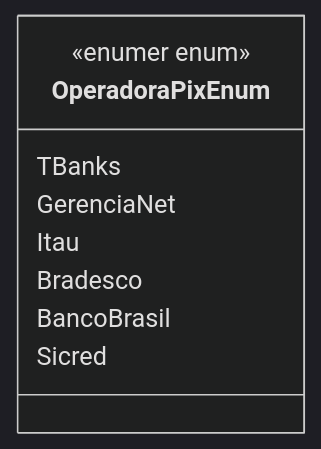
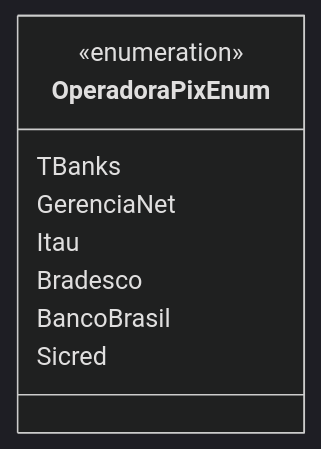
Before and after one commit to IsthmusSistemas/documentacao-tecnica: the diagram in docs/b2b-dominio/IsthmusWinthor.Nucleo/IsthmusWinthor.Dominio/Enumeradores/OperadoraPixEnum.md, drawn with Mermaid (dark theme). The commit also changed other lines of this file and 882 other files, not shown here.

````diff
--- a/docs/b2b-dominio/IsthmusWinthor.Nucleo/IsthmusWinthor.Dominio/Enumeradores/OperadoraPixEnum.md
+++ b/docs/b2b-dominio/IsthmusWinthor.Nucleo/IsthmusWinthor.Dominio/Enumeradores/OperadoraPixEnum.md
@@ -20,12 +12,12 @@
 ```mermaid
 classDiagram
     class OperadoraPixEnum {
-        <<enumer enum>>
+        <<enumeration>>
         TBanks
         GerenciaNet
         Itau
         Bradesco
         BancoBrasil
         Sicred
     }
-```
+``` 
````
